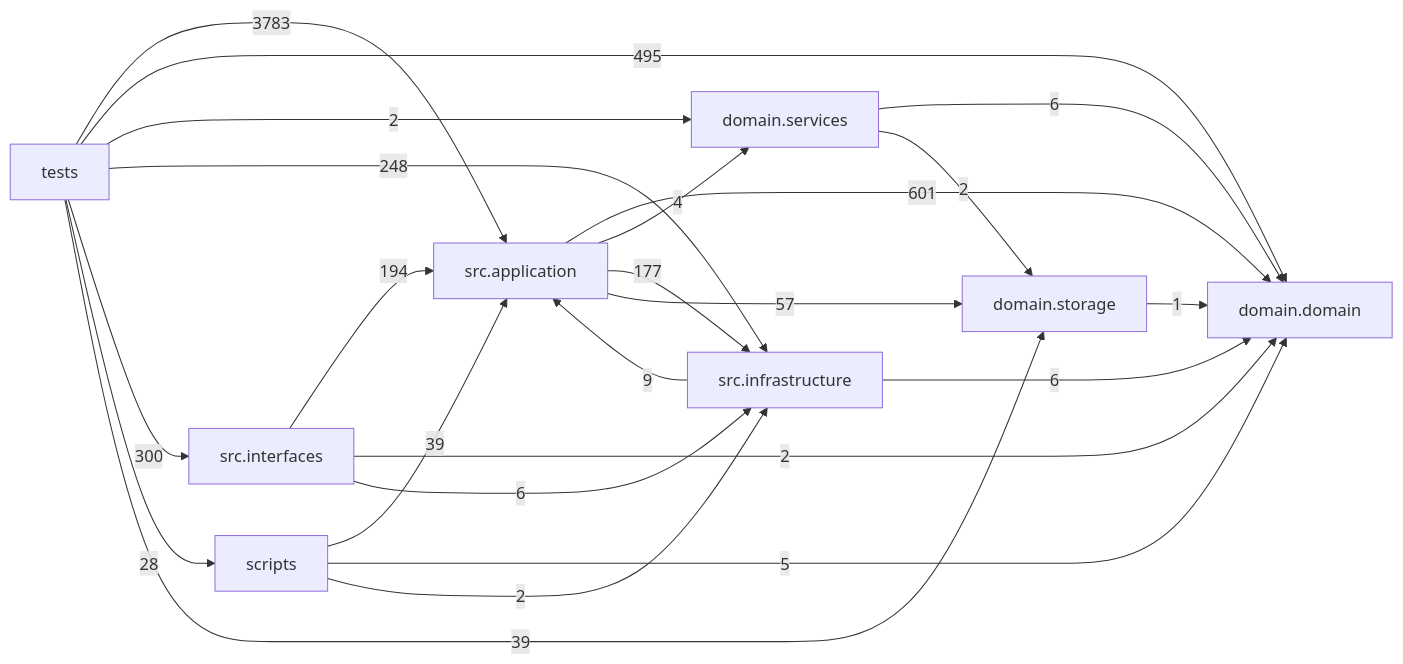
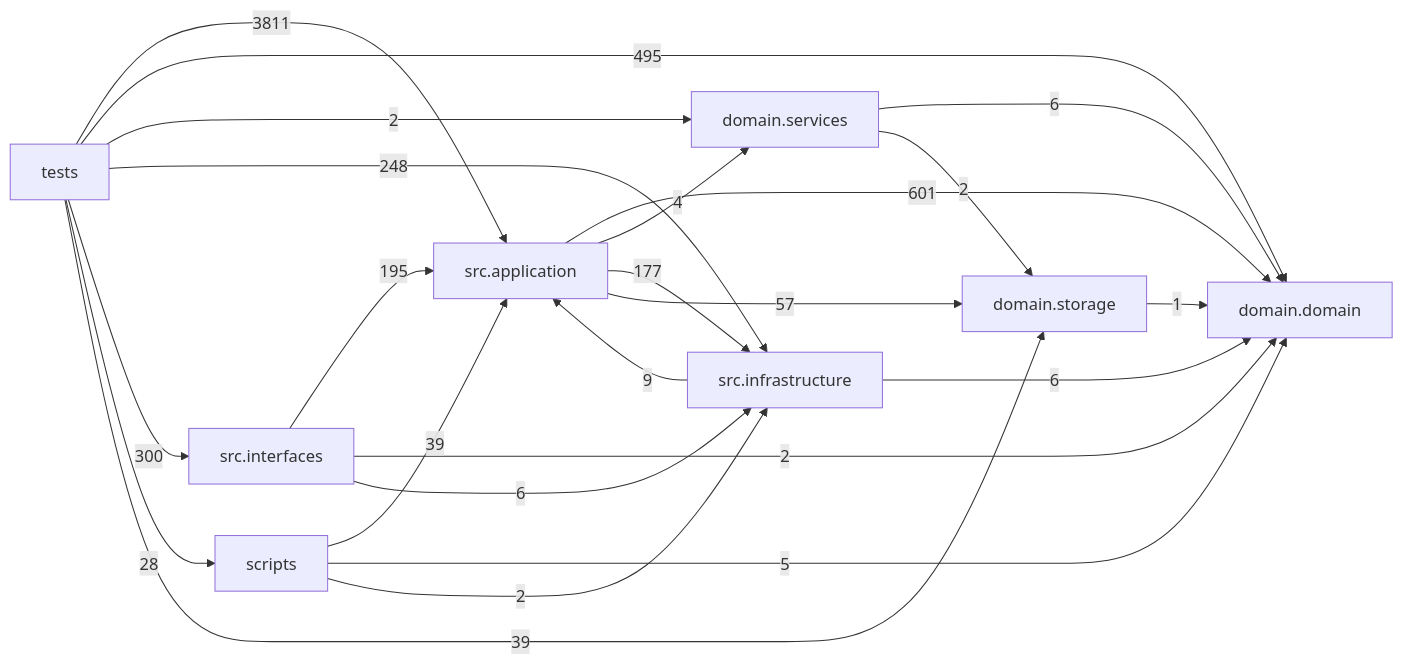
The diagram in docs/DEPENDENCY_GRAPH.md (liuxie066/options-monitor), drawn with Mermaid before and after one commit. The commit also changed other lines of this file and 22 other files, not shown here.

````diff
--- a/docs/DEPENDENCY_GRAPH.md
+++ b/docs/DEPENDENCY_GRAPH.md
@@ -24,33 +24,33 @@
 ```mermaid
 flowchart LR
   tests["tests"]
   scripts["scripts"]
   interfaces["src.interfaces"]
   application["src.application"]
   infrastructure["src.infrastructure"]
   domain_services["domain.services"]
   domain["domain.domain"]
   storage["domain.storage"]
   application -->|601| domain
   application -->|4| domain_services
   application -->|177| infrastructure
   application -->|57| storage
   domain_services -->|6| domain
   domain_services -->|2| storage
   infrastructure -->|9| application
   infrastructure -->|6| domain
-  interfaces -->|194| application
+  interfaces -->|195| application
   interfaces -->|2| domain
   interfaces -->|6| infrastructure
   scripts -->|39| application
   scripts -->|5| domain
   scripts -->|2| infrastructure
   storage -->|1| domain
-  tests -->|3783| application
+  tests -->|3811| application
   tests -->|495| domain
   tests -->|2| domain_services
   tests -->|248| infrastructure
   tests -->|300| interfaces
   tests -->|28| scripts
   tests -->|39| storage
 ```
````
